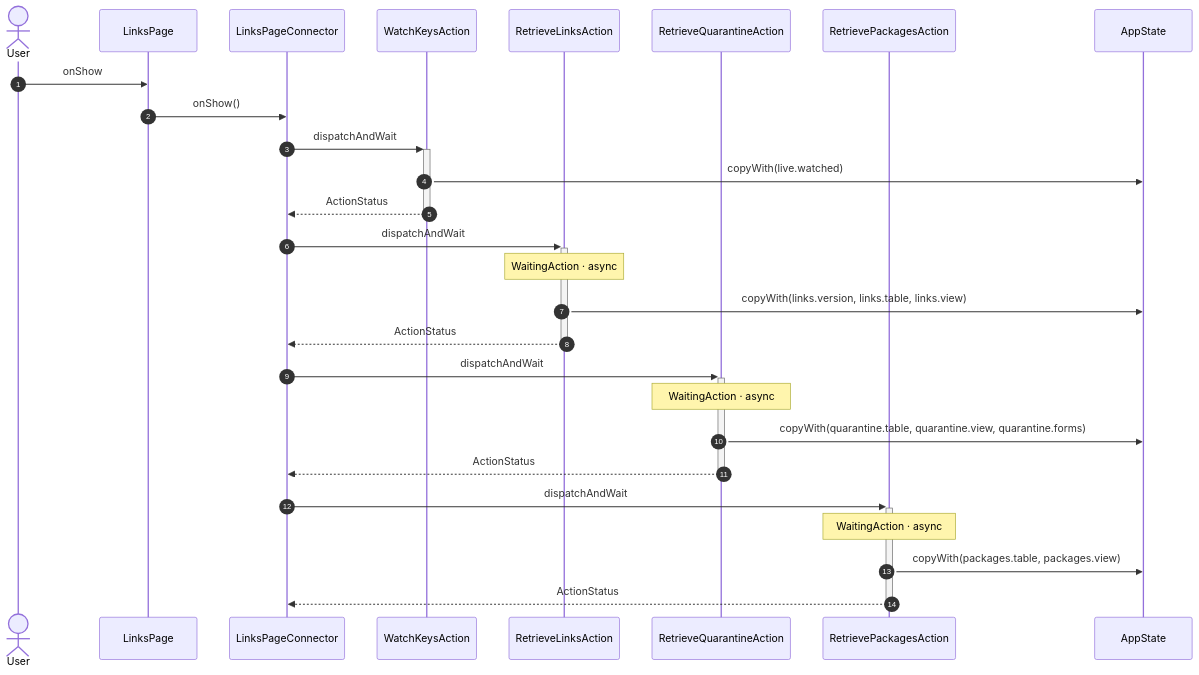
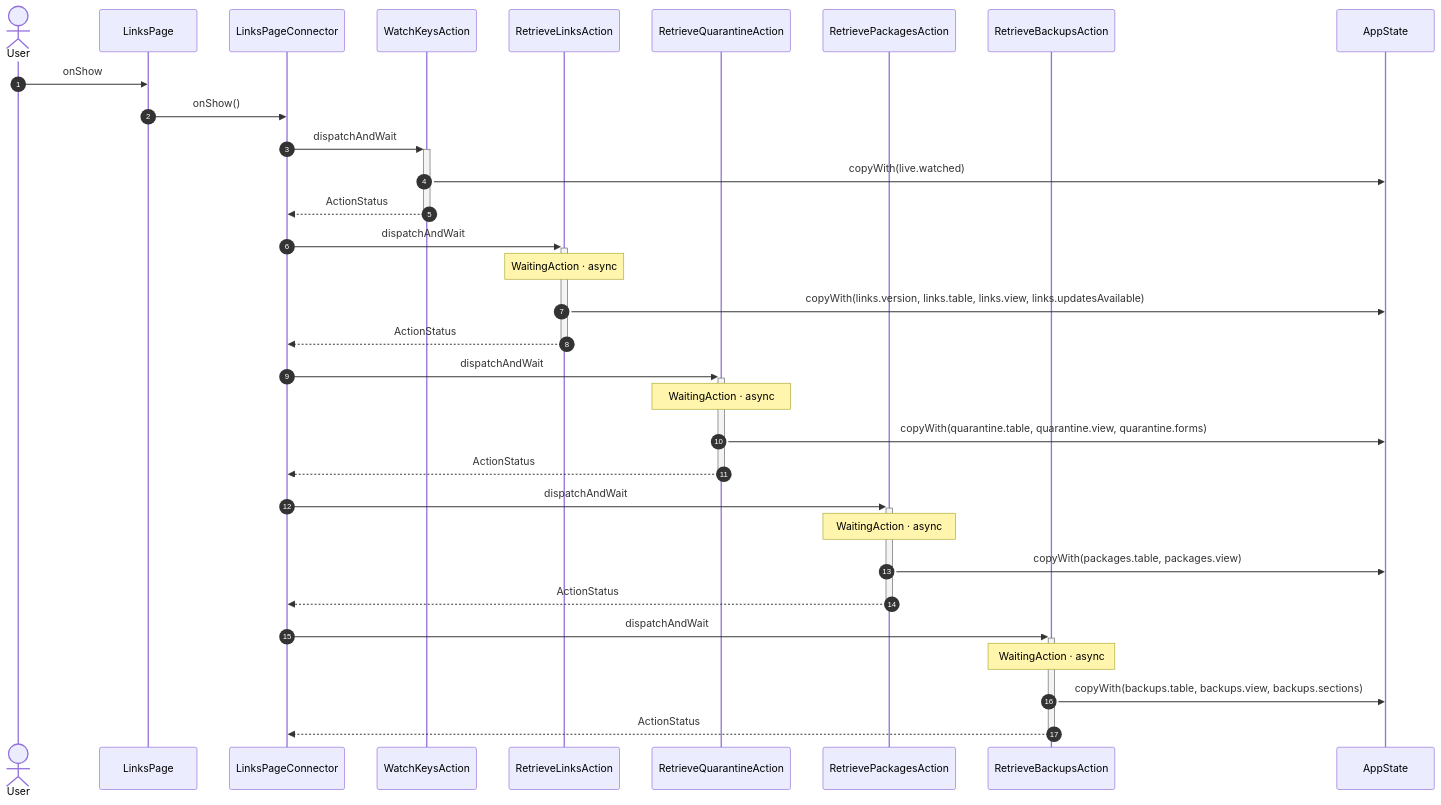
Before and after one commit to gencto/wyrm: the third of 9 diagrams in studio/docs/flows/links.md, drawn with Mermaid. The commit also changed other lines of this file and 131 other files, not shown here.

````diff
--- a/studio/docs/flows/links.md
+++ b/studio/docs/flows/links.md
@@ -30,30 +53,35 @@
 ```mermaid
 sequenceDiagram
     autonumber
     actor User
     participant UI as LinksPage
     participant VM as LinksPageConnector
     participant A1 as WatchKeysAction
     participant A2 as RetrieveLinksAction
     participant A3 as RetrieveQuarantineAction
     participant A4 as RetrievePackagesAction
+    participant A5 as RetrieveBackupsAction
     participant ST as AppState
 
     User->>UI: onShow
     UI->>VM: onShow()
     VM->>+A1: dispatchAndWait
     A1->>ST: copyWith(live.watched)
     A1-->>-VM: ActionStatus
     VM->>+A2: dispatchAndWait
     Note over A2: WaitingAction · async
-    A2->>ST: copyWith(links.version, links.table, links.view)
+    A2->>ST: copyWith(links.version, links.table, links.view, links.updatesAvailable)
     A2-->>-VM: ActionStatus
     VM->>+A3: dispatchAndWait
     Note over A3: WaitingAction · async
     A3->>ST: copyWith(quarantine.table, quarantine.view, quarantine.forms)
     A3-->>-VM: ActionStatus
     VM->>+A4: dispatchAndWait
     Note over A4: WaitingAction · async
     A4->>ST: copyWith(packages.table, packages.view)
     A4-->>-VM: ActionStatus
+    VM->>+A5: dispatchAndWait
+    Note over A5: WaitingAction · async
+    A5->>ST: copyWith(backups.table, backups.view, backups.sections)
+    A5-->>-VM: ActionStatus
 ```
````
